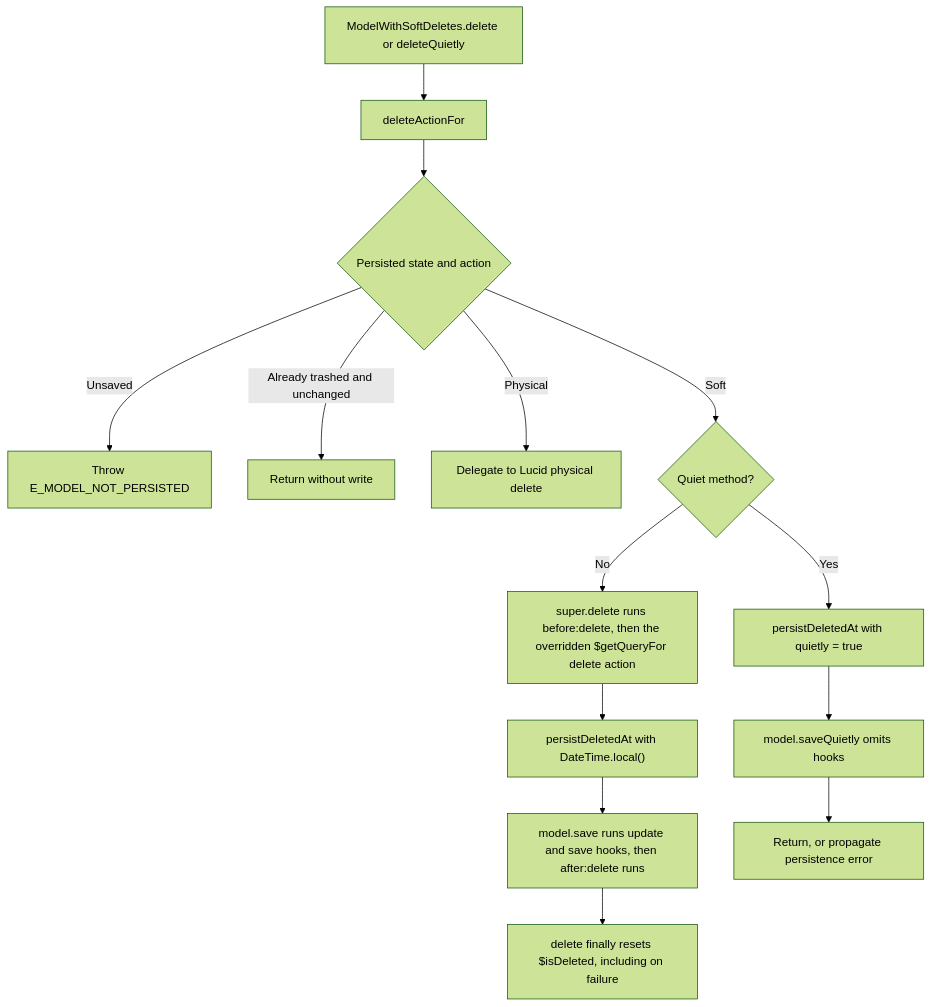
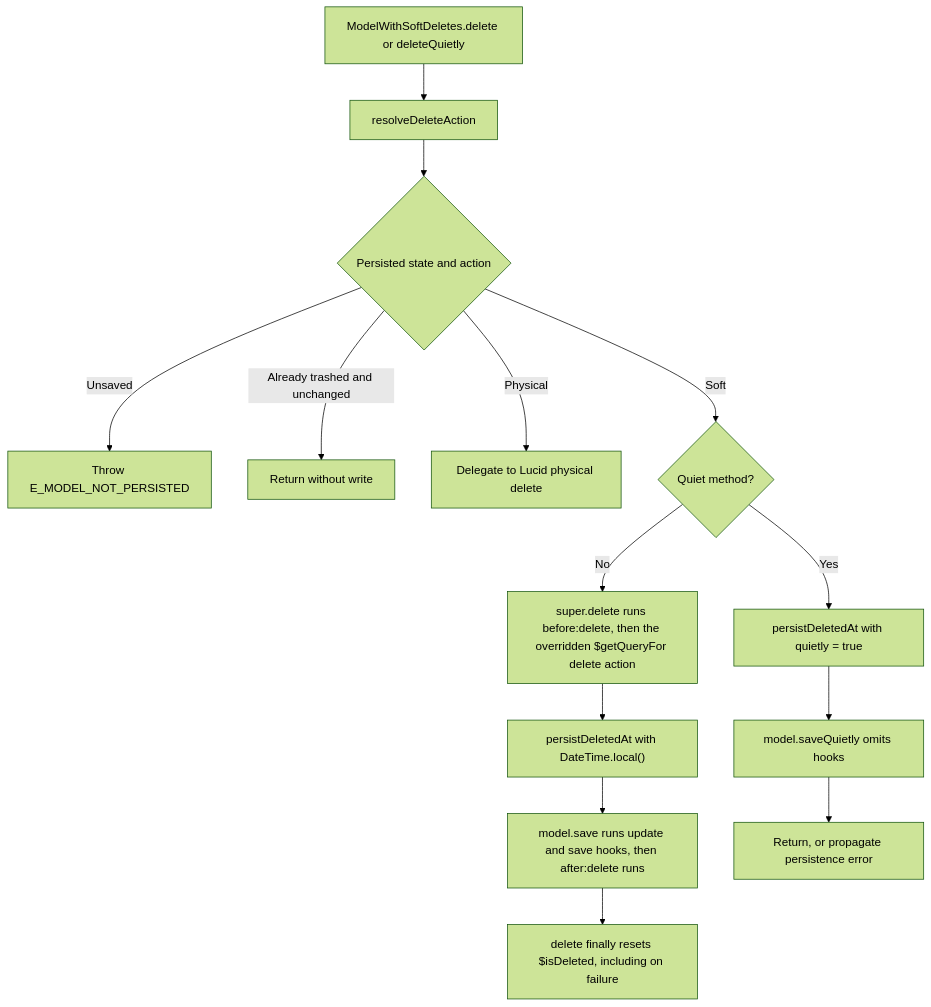
The second of 2 diagrams in user-stories/soft-delete-instance/us-app-01-soft-delete-instance.md (Kevinjohn/oss-adonisjs-lucid-soft-delete), drawn with Mermaid (forest theme) before and after one commit. The commit also changed other lines of this file and 3 other files, not shown here.

````diff
--- a/user-stories/soft-delete-instance/us-app-01-soft-delete-instance.md
+++ b/user-stories/soft-delete-instance/us-app-01-soft-delete-instance.md
@@ -39,16 +39,16 @@
 ```mermaid
 flowchart TD
-    A["ModelWithSoftDeletes.delete or deleteQuietly"] --> B["deleteActionFor"]
+    A["ModelWithSoftDeletes.delete or deleteQuietly"] --> B["resolveDeleteAction"]
     B --> C{"Persisted state and action"}
     C -->|Unsaved| D["Throw E_MODEL_NOT_PERSISTED"]
     C -->|Already trashed and unchanged| E["Return without write"]
     C -->|Physical| F["Delegate to Lucid physical delete"]
     C -->|Soft| G{"Quiet method?"}
     G -->|No| H["super.delete runs before:delete, then the overridden $getQueryFor delete action"]
     H --> I["persistDeletedAt with DateTime.local()"]
     G -->|Yes| J["persistDeletedAt with quietly = true"]
     I --> K["model.save runs update and save hooks, then after:delete runs"]
     J --> L["model.saveQuietly omits hooks"]
     K --> M["delete finally resets $isDeleted, including on failure"]
     L --> N["Return, or propagate persistence error"]
 ```
````
